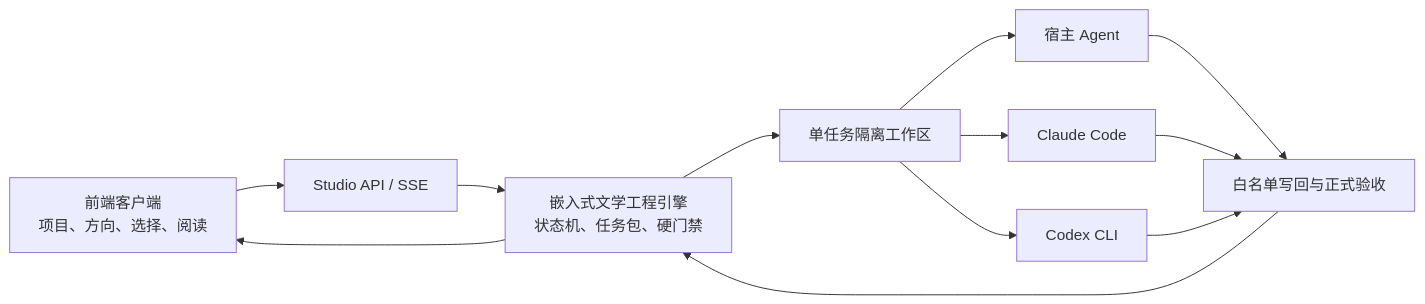
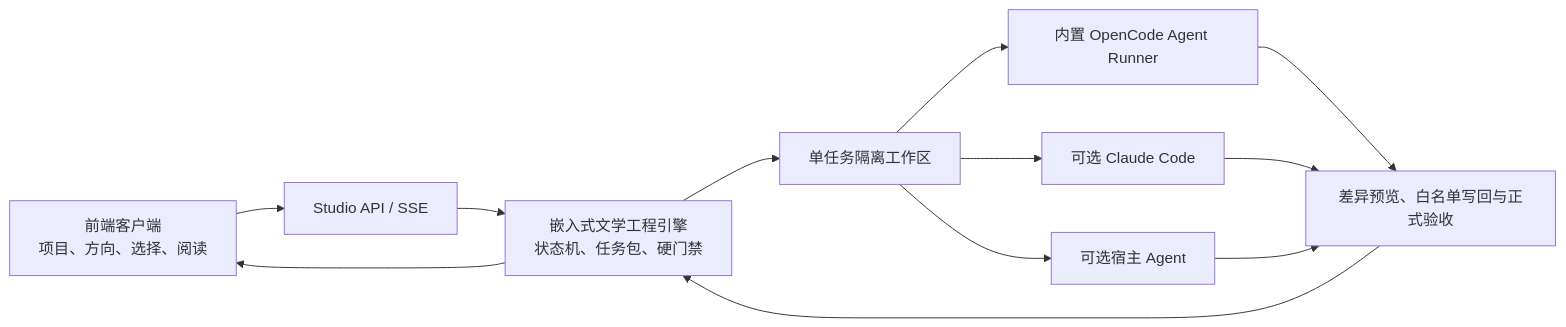
The diagram in README.md (o-1717986918/arcvellum), drawn with Mermaid before and after one commit. The commit also changed other lines of this file and 88 other files, not shown here.

````diff
--- a/README.md
+++ b/README.md
@@ -40,14 +42,14 @@
 ```mermaid
 flowchart LR
     UI["前端客户端\n项目、方向、选择、阅读"] --> API["Studio API / SSE"]
     API --> Core["嵌入式文学工程引擎\n状态机、任务包、硬门禁"]
     Core --> Box["单任务隔离工作区"]
-    Box --> Host["宿主 Agent"]
-    Box --> Claude["Claude Code"]
-    Box --> Codex["Codex CLI"]
-    Host --> Check["白名单写回与正式验收"]
+    Box --> OpenCode["内置 OpenCode Agent Runner"]
+    Box --> Claude["可选 Claude Code"]
+    Box --> Host["可选宿主 Agent"]
+    OpenCode --> Check["差异预览、白名单写回与正式验收"]
     Claude --> Check
-    Codex --> Check
+    Host --> Check
     Check --> Core
     Core --> UI
 ```
````
